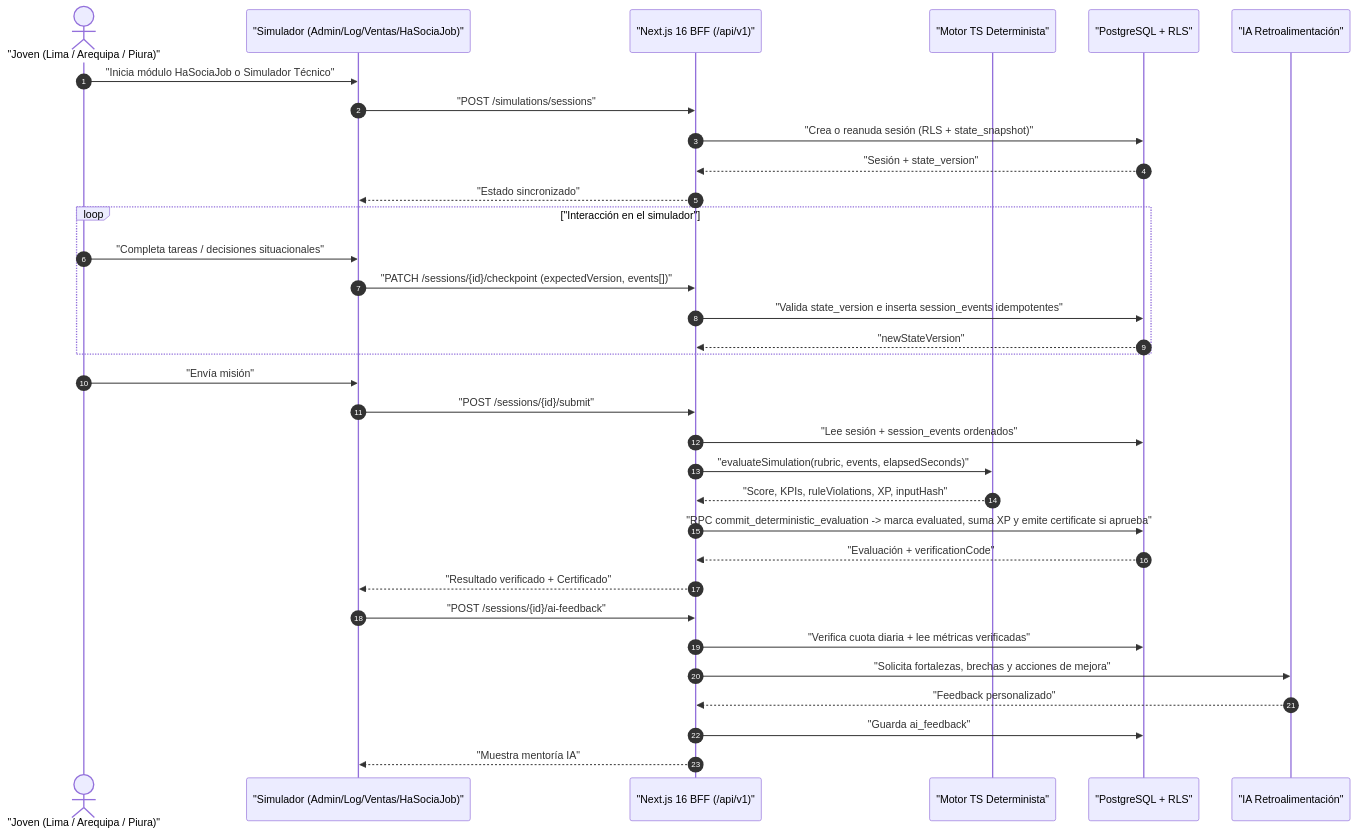
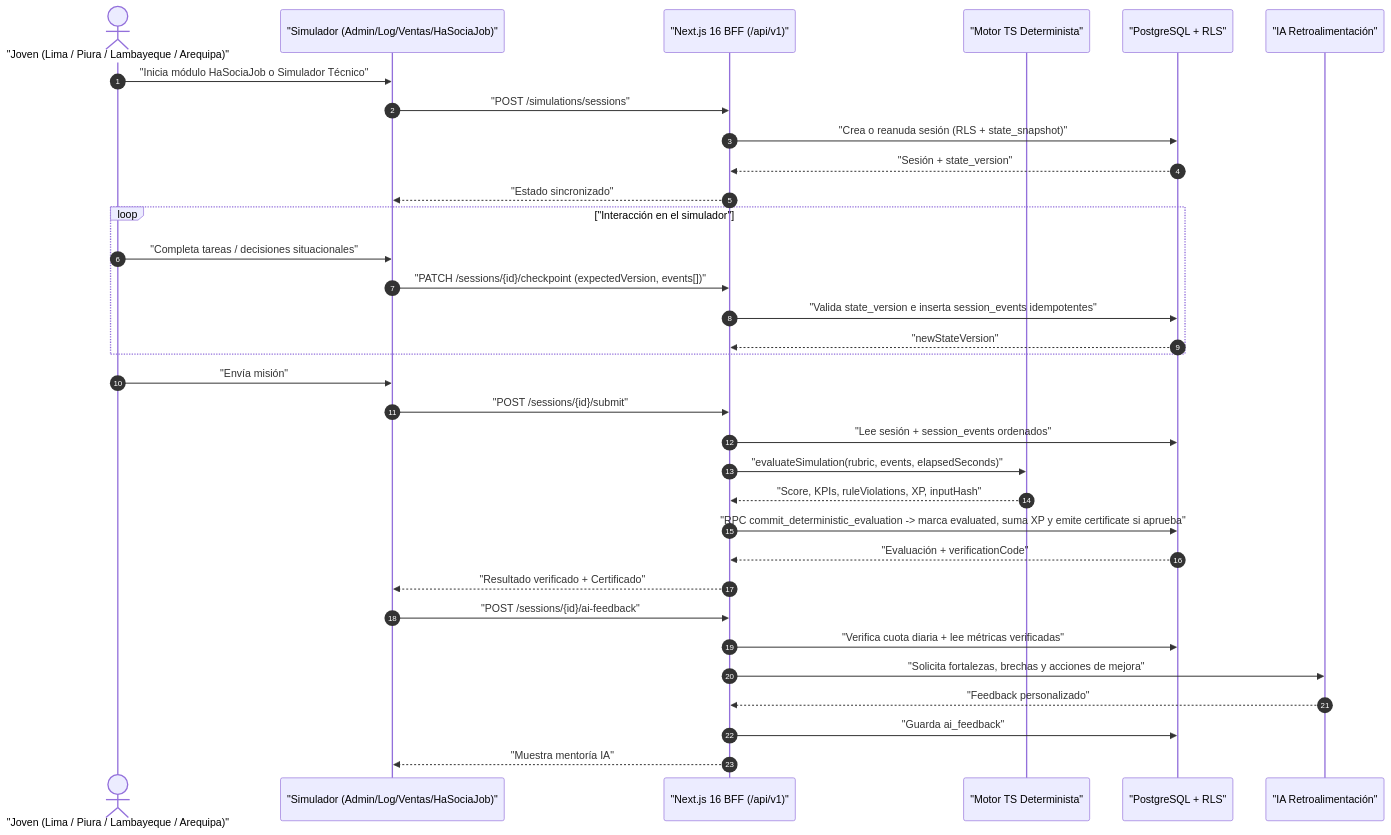
The second of 3 diagrams in docs/USER_AND_DATA_FLOWS.md (waxmorales/portal-job), drawn with Mermaid before and after one commit. The commit also changed 7 other files, not shown here.

Commit message:
docs(architecture): integrate Ideaton INEI/MTPE research, ManPowerGroup regions, Ley 29733, and ADR-005 stack evolution

````diff
--- a/docs/USER_AND_DATA_FLOWS.md
+++ b/docs/USER_AND_DATA_FLOWS.md
@@ -26,39 +26,39 @@
 ```mermaid
 sequenceDiagram
     autonumber
-    actor U as "Joven (Lima / Arequipa / Piura)"
+    actor U as "Joven (Lima / Piura / Lambayeque / Arequipa)"
     participant SIM as "Simulador (Admin/Log/Ventas/HaSociaJob)"
     participant BFF as "Next.js 16 BFF (/api/v1)"
     participant ENG as "Motor TS Determinista"
     participant DB as "PostgreSQL + RLS"
     participant AI as "IA Retroalimentación"
 
     U->>SIM: "Inicia módulo HaSociaJob o Simulador Técnico"
     SIM->>BFF: "POST /simulations/sessions"
     BFF->>DB: "Crea o reanuda sesión (RLS + state_snapshot)"
     DB-->>BFF: "Sesión + state_version"
     BFF-->>SIM: "Estado sincronizado"
 
     loop "Interacción en el simulador"
         U->>SIM: "Completa tareas / decisiones situacionales"
         SIM->>BFF: "PATCH /sessions/{id}/checkpoint (expectedVersion, events[])"
         BFF->>DB: "Valida state_version e inserta session_events idempotentes"
         DB-->>BFF: "newStateVersion"
     end
 
     U->>SIM: "Envía misión"
     SIM->>BFF: "POST /sessions/{id}/submit"
     BFF->>DB: "Lee sesión + session_events ordenados"
     BFF->>ENG: "evaluateSimulation(rubric, events, elapsedSeconds)"
     ENG-->>BFF: "Score, KPIs, ruleViolations, XP, inputHash"
     BFF->>DB: "RPC commit_deterministic_evaluation -> marca evaluated, suma XP y emite certificate si aprueba"
     DB-->>BFF: "Evaluación + verificationCode"
     BFF-->>SIM: "Resultado verificado + Certificado"
 
     SIM->>BFF: "POST /sessions/{id}/ai-feedback"
     BFF->>DB: "Verifica cuota diaria + lee métricas verificadas"
     BFF->>AI: "Solicita fortalezas, brechas y acciones de mejora"
     AI-->>BFF: "Feedback personalizado"
     BFF->>DB: "Guarda ai_feedback"
     BFF-->>SIM: "Muestra mentoría IA"
 ```
````
